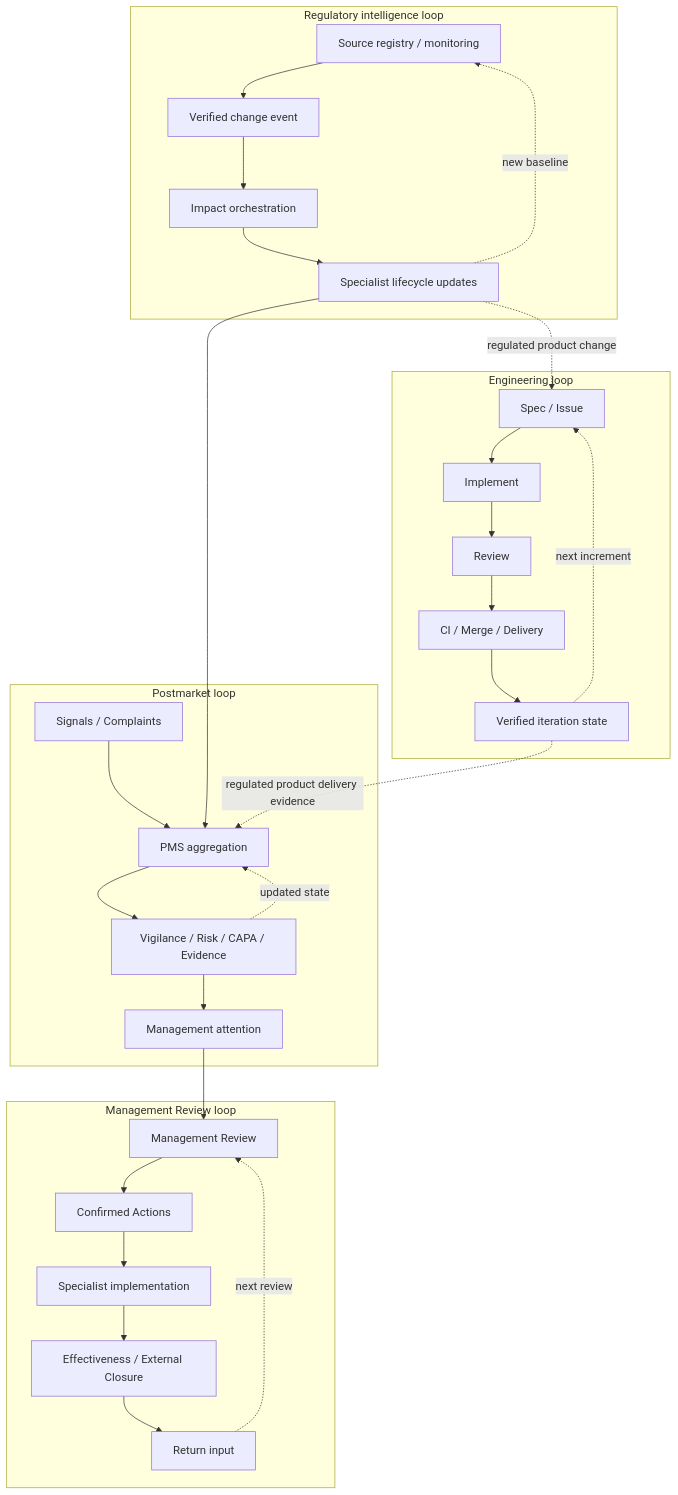
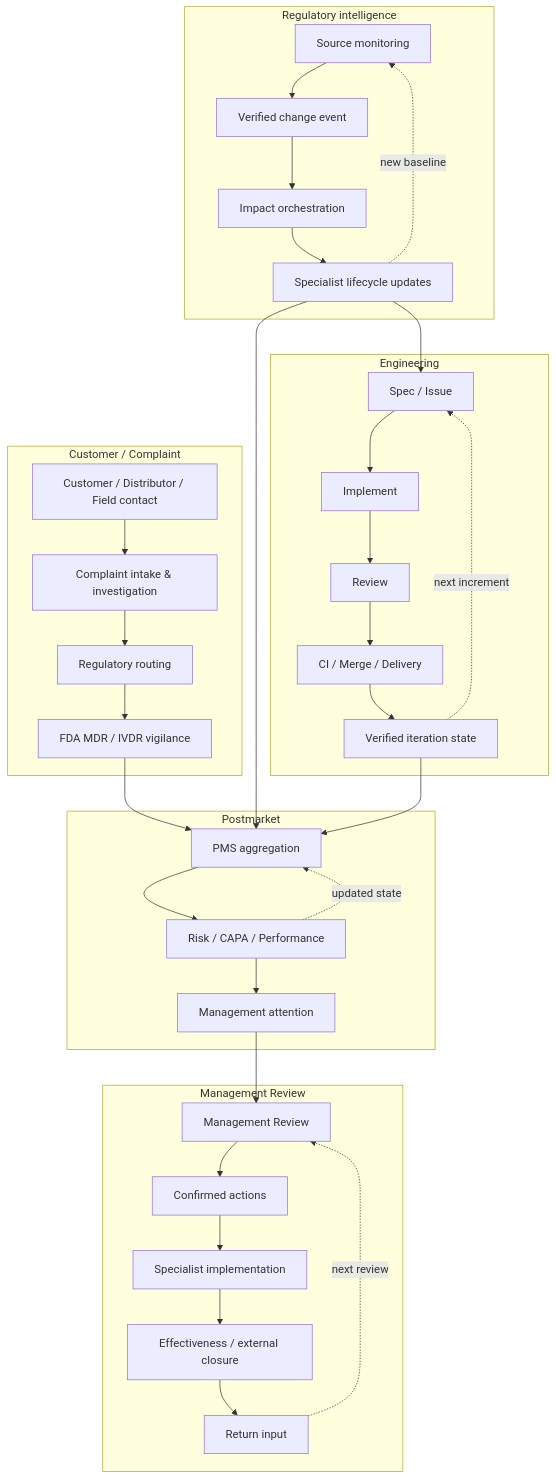
The sixth of 6 diagrams in docs/SKILL-UNIVERSE.md (GithubLarsKomo/skillz), drawn with Mermaid before and after one commit. The commit also changed other lines of this file, not shown here.

Commit message:
Update skill universe with customer service complaint lifecycle

````diff
--- a/docs/SKILL-UNIVERSE.md
+++ b/docs/SKILL-UNIVERSE.md
@@ -385,45 +327,32 @@
 ```mermaid
 flowchart TB
-    subgraph ELOOP[Engineering loop]
-        E1[Spec / Issue]
-        E2[Implement]
-        E3[Review]
-        E4[CI / Merge / Delivery]
-        E5[Verified iteration state]
-        E1 --> E2 --> E3 --> E4 --> E5
+    subgraph ELOOP[Engineering]
+        E1[Spec / Issue] --> E2[Implement] --> E3[Review] --> E4[CI / Merge / Delivery] --> E5[Verified iteration state]
         E5 -. next increment .-> E1
     end
 
-    subgraph PLOOP[Postmarket loop]
-        P1[Signals / Complaints]
-        P2[PMS aggregation]
-        P3[Vigilance / Risk / CAPA / Evidence]
-        P4[Management attention]
-        P1 --> P2 --> P3 --> P4
-        P3 -. updated state .-> P2
+    subgraph CLOOP[Customer / Complaint]
+        C1[Customer / Distributor / Field contact] --> C2[Complaint intake & investigation] --> C3[Regulatory routing] --> C4[FDA MDR / IVDR vigilance]
     end
 
-    subgraph MLOOP[Management Review loop]
-        M1[Management Review]
-        M2[Confirmed Actions]
-        M3[Specialist implementation]
-        M4[Effectiveness / External Closure]
-        M5[Return input]
-        M1 --> M2 --> M3 --> M4 --> M5
+    subgraph PLOOP[Postmarket]
+        P1[PMS aggregation] --> P2[Risk / CAPA / Performance] --> P3[Management attention]
+        P2 -. updated state .-> P1
+    end
+
+    subgraph MLOOP[Management Review]
+        M1[Management Review] --> M2[Confirmed actions] --> M3[Specialist implementation] --> M4[Effectiveness / external closure] --> M5[Return input]
         M5 -. next review .-> M1
     end
 
-    subgraph RLOOP[Regulatory intelligence loop]
-        R1[Source registry / monitoring]
-        R2[Verified change event]
-        R3[Impact orchestration]
-        R4[Specialist lifecycle updates]
-        R1 --> R2 --> R3 --> R4
+    subgraph RLOOP[Regulatory intelligence]
+        R1[Source monitoring] --> R2[Verified change event] --> R3[Impact orchestration] --> R4[Specialist lifecycle updates]
         R4 -. new baseline .-> R1
     end
 
-    P4 --> M1
-    R4 --> P2
-    R4 -. regulated product change .-> E1
-    E5 -. regulated product delivery evidence .-> P2
+    C4 --> P1
+    P3 --> M1
+    R4 --> P1
+    R4 --> E1
+    E5 --> P1
 ```
````
